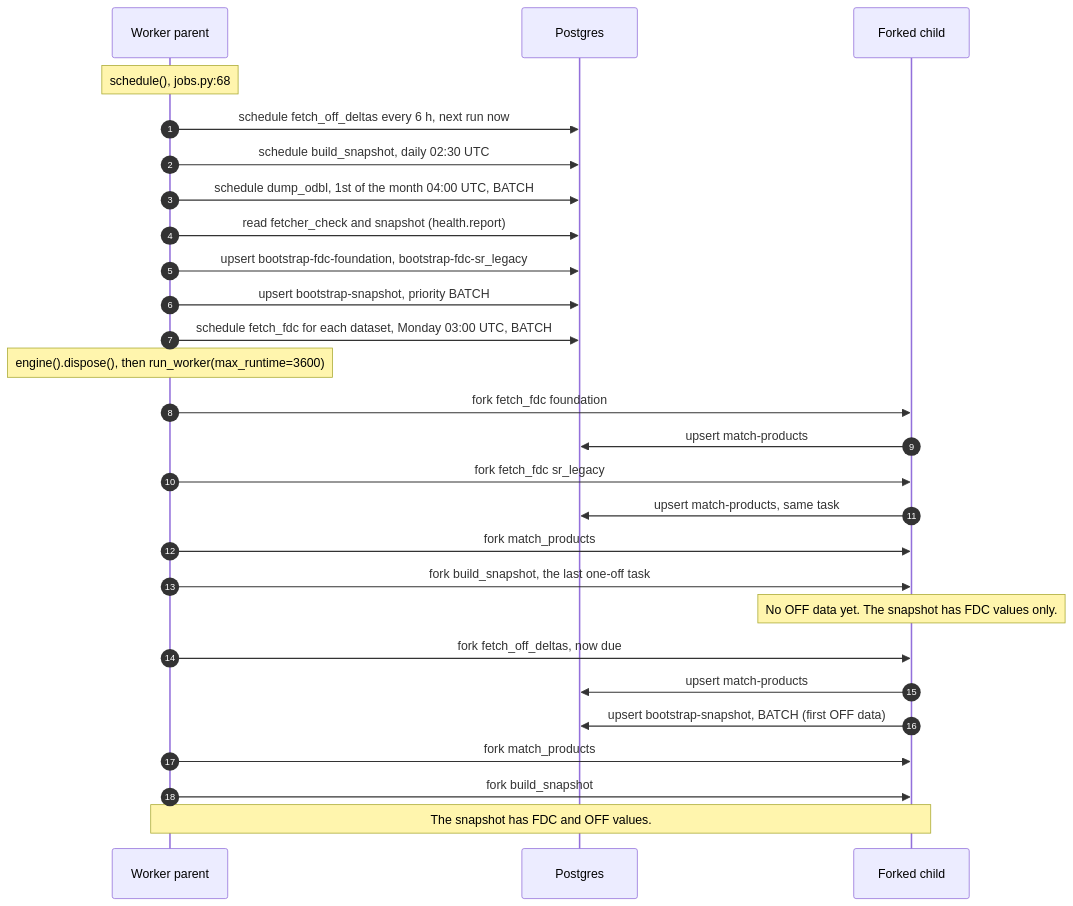
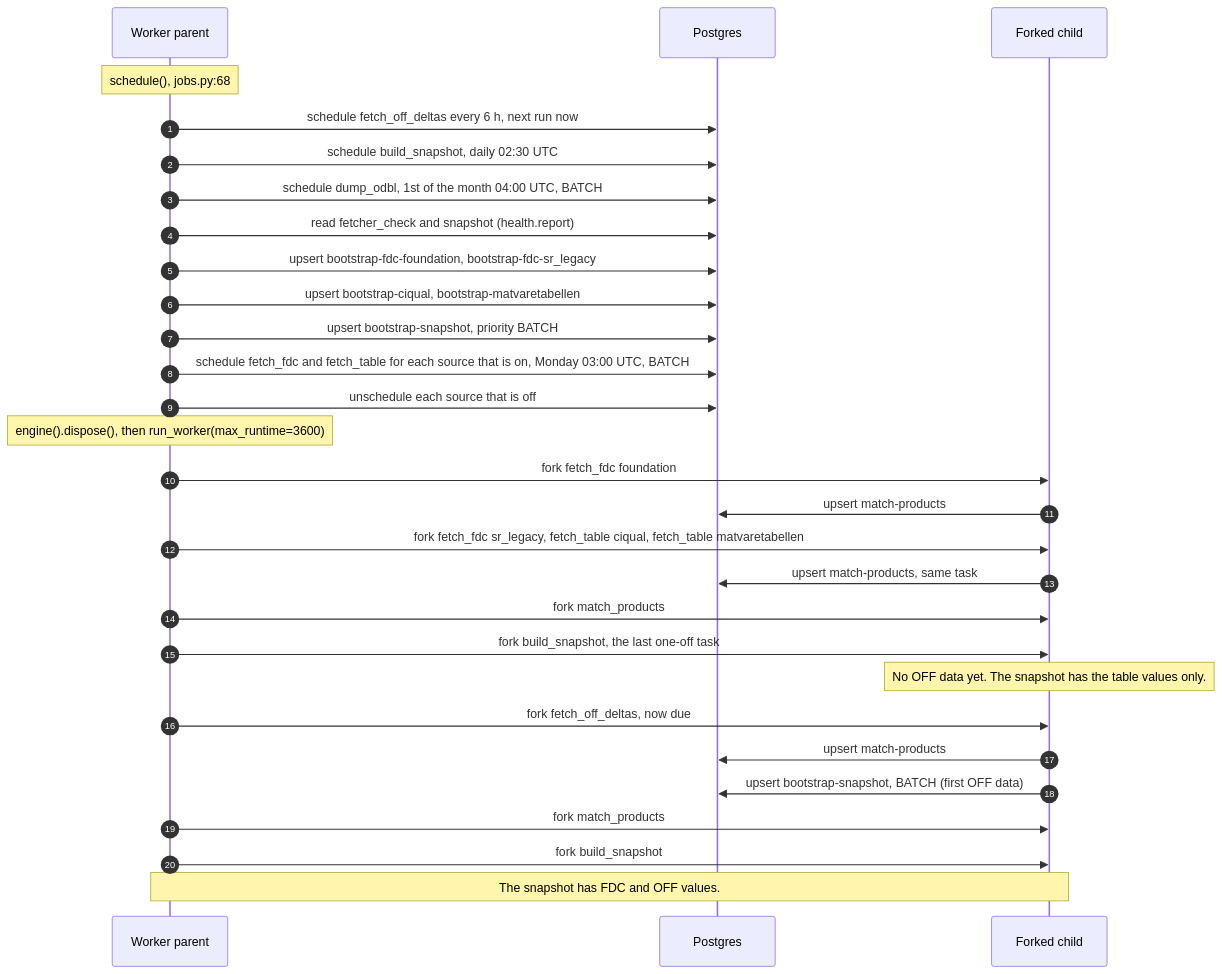
One commit to eait-fit/fooddb changed the sixth of 14 diagrams in docs/architecture.md. Above: the diagram before and after it, drawn with Mermaid. The commit also changed other lines of this file and 26 other files, not shown here.

First line of the commit message:
feat: CIQUAL, Fineli, Matvaretabellen and FDC Branded intake (#15) (#40)

````diff
--- a/docs/architecture.md
+++ b/docs/architecture.md
@@ -460,29 +500,31 @@
 ```mermaid
 sequenceDiagram
     autonumber
     participant W as Worker parent
     participant Q as Postgres
     participant C as Forked child
     Note over W: schedule(), jobs.py:68
     W->>Q: schedule fetch_off_deltas every 6 h, next run now
     W->>Q: schedule build_snapshot, daily 02:30 UTC
     W->>Q: schedule dump_odbl, 1st of the month 04:00 UTC, BATCH
     W->>Q: read fetcher_check and snapshot (health.report)
     W->>Q: upsert bootstrap-fdc-foundation, bootstrap-fdc-sr_legacy
+    W->>Q: upsert bootstrap-ciqual, bootstrap-matvaretabellen
     W->>Q: upsert bootstrap-snapshot, priority BATCH
-    W->>Q: schedule fetch_fdc for each dataset, Monday 03:00 UTC, BATCH
+    W->>Q: schedule fetch_fdc and fetch_table for each source that is on, Monday 03:00 UTC, BATCH
+    W->>Q: unschedule each source that is off
     Note over W: engine().dispose(), then run_worker(max_runtime=3600)
     W->>C: fork fetch_fdc foundation
     C->>Q: upsert match-products
-    W->>C: fork fetch_fdc sr_legacy
+    W->>C: fork fetch_fdc sr_legacy, fetch_table ciqual, fetch_table matvaretabellen
     C->>Q: upsert match-products, same task
     W->>C: fork match_products
     W->>C: fork build_snapshot, the last one-off task
-    Note over C: No OFF data yet. The snapshot has FDC values only.
+    Note over C: No OFF data yet. The snapshot has the table values only.
     W->>C: fork fetch_off_deltas, now due
     C->>Q: upsert match-products
     C->>Q: upsert bootstrap-snapshot, BATCH (first OFF data)
     W->>C: fork match_products
     W->>C: fork build_snapshot
     Note over W,C: The snapshot has FDC and OFF values.
 ```
````
